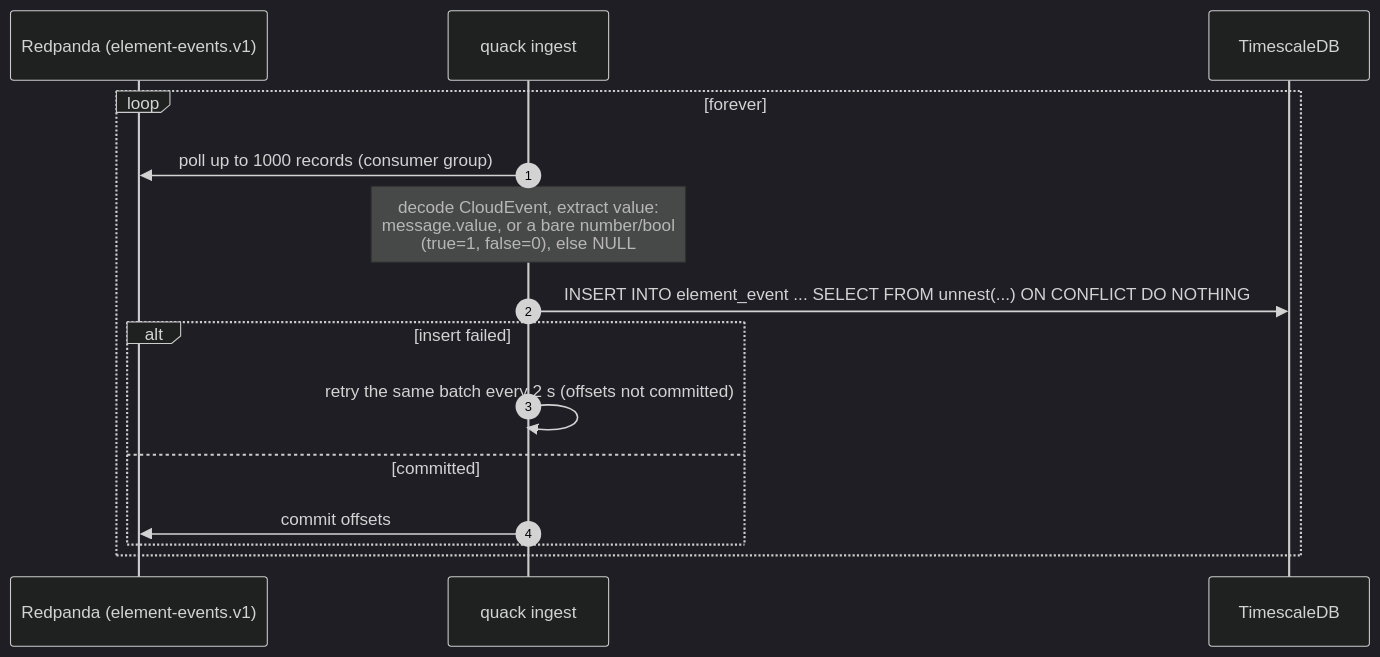
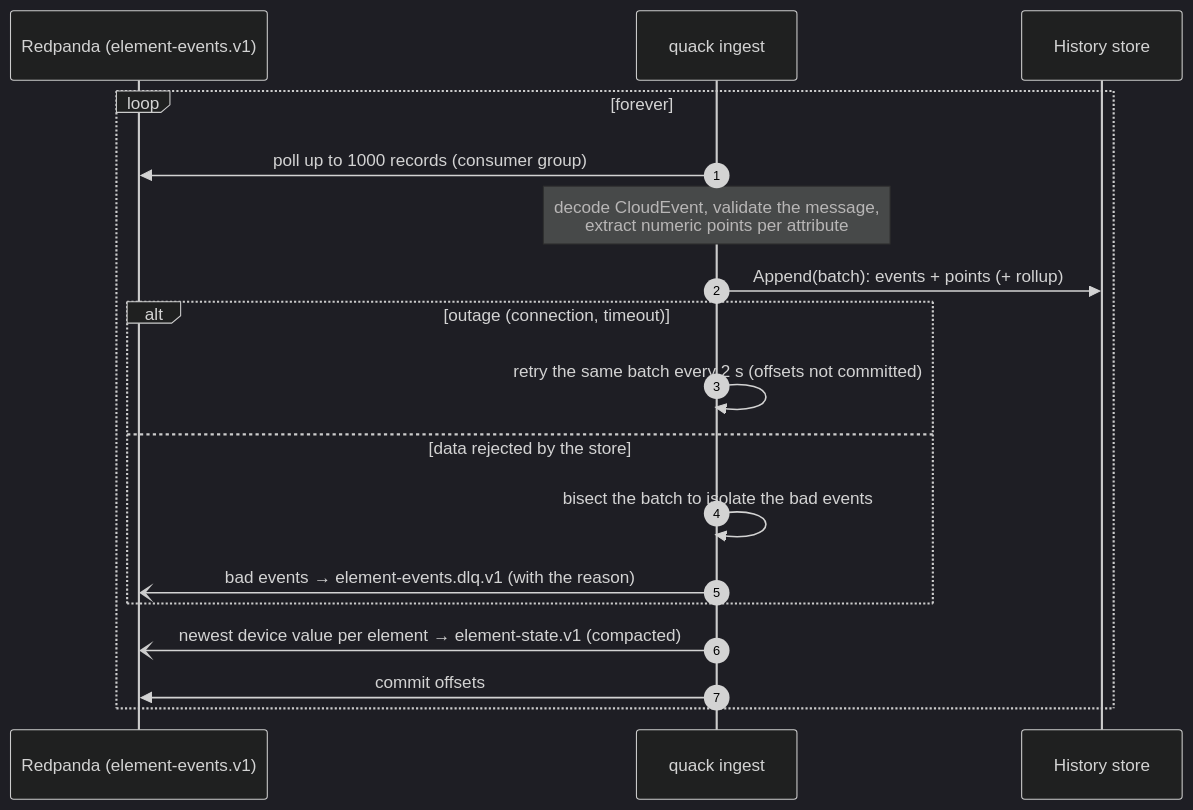
Before and after one commit to taha2samy-3/qauk-qauk: the fifth of 6 diagrams in docs/02_architecture.md, drawn with Mermaid (dark theme). The commit also changed other lines of this file and 5 other files, not shown here.

````diff
--- a/docs/02_architecture.md
+++ b/docs/02_architecture.md
@@ -148,18 +152,21 @@
 ```mermaid
 sequenceDiagram
   autonumber
   participant RP as Redpanda (element-events.v1)
   participant IN as quack ingest
-  participant PG as TimescaleDB
+  participant H as History store
 
   loop forever
     IN->>RP: poll up to 1000 records (consumer group)
-    Note over IN: decode CloudEvent, extract value:<br/>message.value, or a bare number/bool<br/>(true=1, false=0), else NULL
-    IN->>PG: INSERT INTO element_event ... SELECT FROM unnest(...) ON CONFLICT DO NOTHING
-    alt insert failed
+    Note over IN: decode CloudEvent, validate the message,<br/>extract numeric points per attribute
+    IN->>H: Append(batch): events + points (+ rollup)
+    alt outage (connection, timeout)
       IN->>IN: retry the same batch every 2 s (offsets not committed)
-    else committed
-      IN->>RP: commit offsets
+    else data rejected by the store
+      IN->>IN: bisect the batch to isolate the bad events
+      IN-)RP: bad events → element-events.dlq.v1 (with the reason)
     end
+    IN-)RP: newest device value per element → element-state.v1 (compacted)
+    IN->>RP: commit offsets
   end
 ```
````
